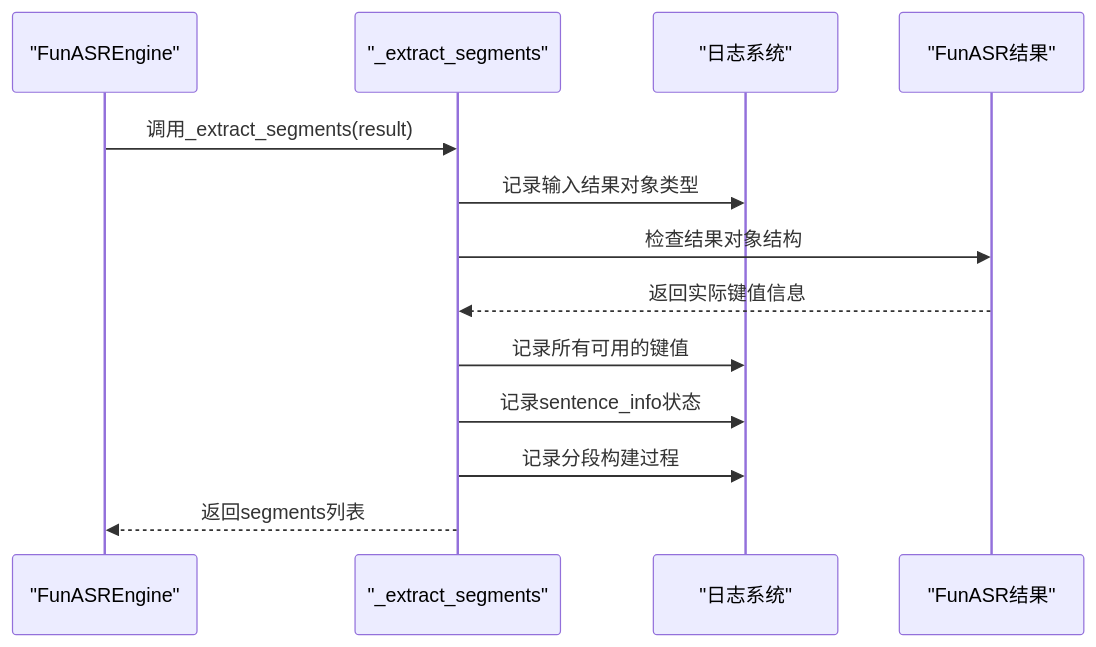
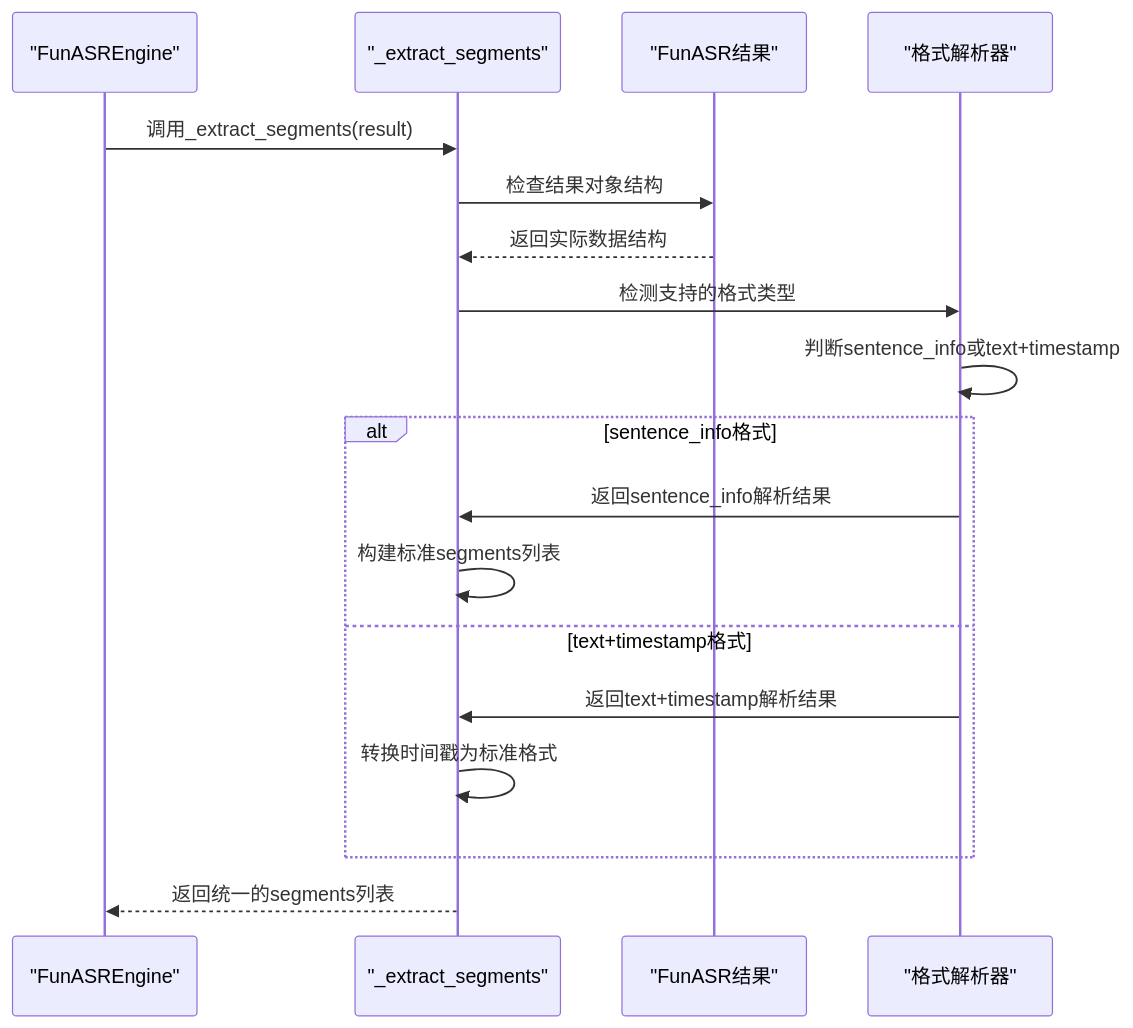
Before and after one commit to boyingliu01/VideoSplitter: the fifth of 6 diagrams in .qoder/repowiki/zh/content/语音识别引擎/FunASR集成.md, drawn with Mermaid. The commit also changed other lines of this file and 59 other files, not shown here.

````diff
--- a/.qoder/repowiki/zh/content/语音识别引擎/FunASR集成.md
+++ b/.qoder/repowiki/zh/content/语音识别引擎/FunASR集成.md
@@ -209,15 +211,20 @@
 ```mermaid
 sequenceDiagram
 participant Engine as "FunASREngine"
 participant Extractor as "_extract_segments"
-participant Logger as "日志系统"
 participant Result as "FunASR结果"
+participant Parser as "格式解析器"
 Engine->>Extractor : 调用_extract_segments(result)
-Extractor->>Logger : 记录输入结果对象类型
 Extractor->>Result : 检查结果对象结构
-Result-->>Extractor : 返回实际键值信息
-Extractor->>Logger : 记录所有可用的键值
-Extractor->>Logger : 记录sentence_info状态
-Extractor->>Logger : 记录分段构建过程
-Extractor-->>Engine : 返回segments列表
+Result-->>Extractor : 返回实际数据结构
+Extractor->>Parser : 检测支持的格式类型
+Parser->>Parser : 判断sentence_info或text+timestamp
+alt sentence_info格式
+Parser->>Extractor : 返回sentence_info解析结果
+Extractor->>Extractor : 构建标准segments列表
+else text+timestamp格式
+Parser->>Extractor : 返回text+timestamp解析结果
+Extractor->>Extractor : 转换时间戳为标准格式
+end
+Extractor-->>Engine : 返回统一的segments列表
 ```
````
